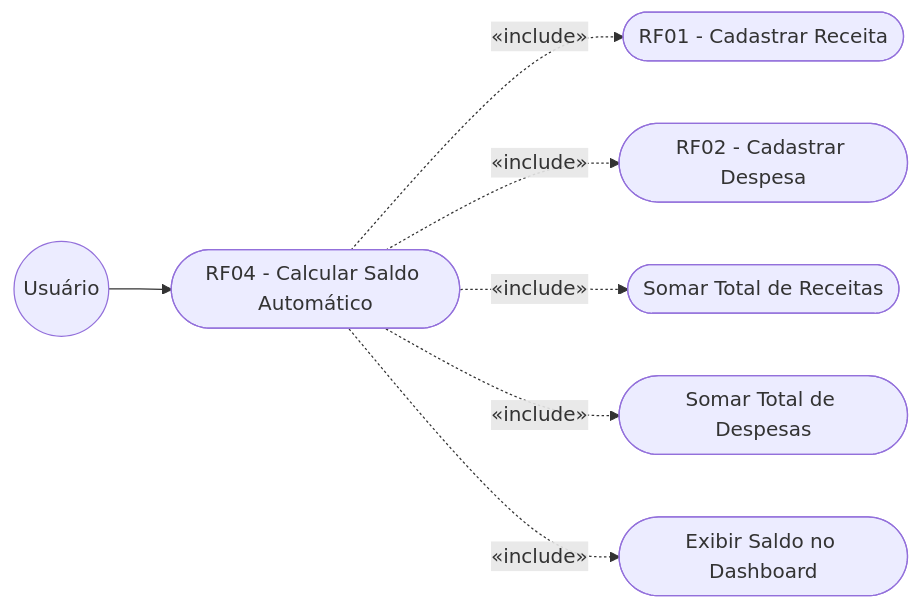
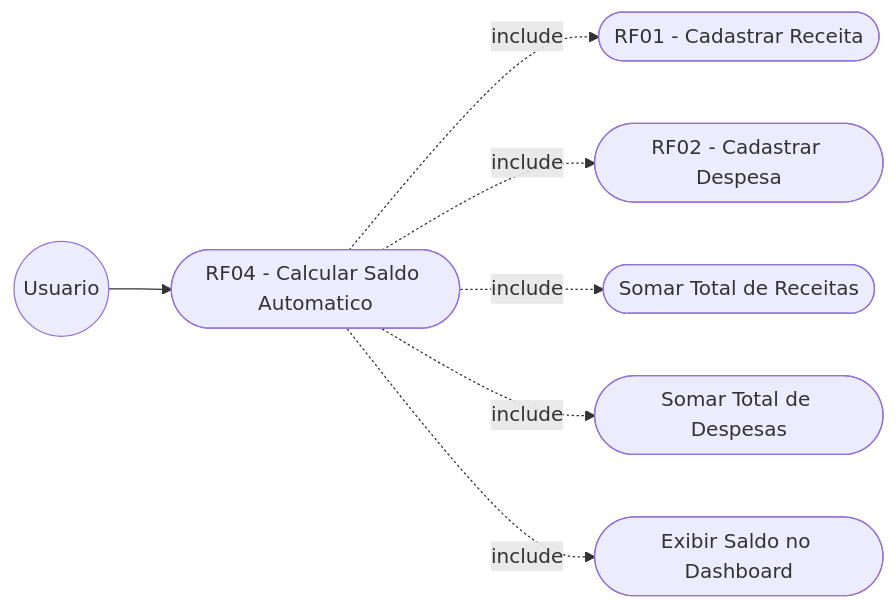
Before and after one commit to NEXA-project-br/NEXA: the fourth of 8 diagrams in relacionamento/dcu.md, drawn with Mermaid. The commit also changed other lines of this file, not shown here.

````diff
--- a/relacionamento/dcu.md
+++ b/relacionamento/dcu.md
@@ -86,18 +83,17 @@
 ```mermaid
 graph LR
-  U((Usuário))
-
-  RF04([RF04 - Calcular Saldo Automático])
+  U((Usuario))
+  RF04([RF04 - Calcular Saldo Automatico])
   RF01([RF01 - Cadastrar Receita])
   RF02([RF02 - Cadastrar Despesa])
   A1([Somar Total de Receitas])
   A2([Somar Total de Despesas])
   A3([Exibir Saldo no Dashboard])
 
   U --> RF04
-  RF04 -.->|«include»| RF01
-  RF04 -.->|«include»| RF02
-  RF04 -.->|«include»| A1
-  RF04 -.->|«include»| A2
-  RF04 -.->|«include»| A3
+  RF04 -.->|include| RF01
+  RF04 -.->|include| RF02
+  RF04 -.->|include| A1
+  RF04 -.->|include| A2
+  RF04 -.->|include| A3
 ```
````
